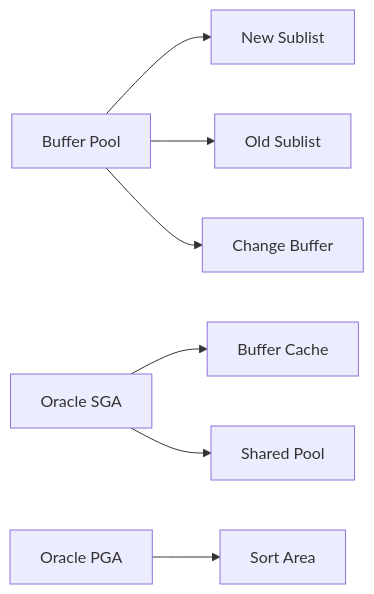
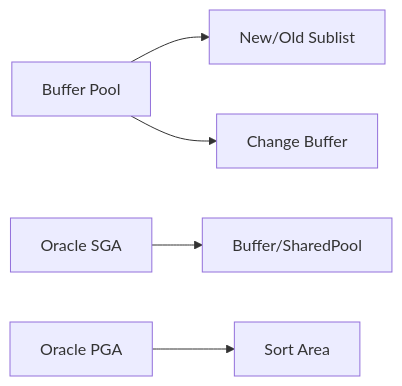
Before and after one commit to yjkim2015/yjkim2015.github.io: the sixth of 15 diagrams in _posts/db/2026-05-01-db-comparison.md, drawn with Mermaid. The commit also changed other lines of this file and 163 other files, not shown here.

First line of the commit message:
Mermaid 300개 블록 내용 축소: 5노드 5엣지 이하, 의미 있는 약어

````diff
--- a/_posts/db/2026-05-01-db-comparison.md
+++ b/_posts/db/2026-05-01-db-comparison.md
@@ -122,9 +114,7 @@
 ```mermaid
 graph LR
-    BP["Buffer Pool"] --> NEW["New Sublist"]
-    BP --> OLD["Old Sublist"]
+    BP["Buffer Pool"] --> NEW["New/Old Sublist"]
     BP --> CB["Change Buffer"]
-    SGA["Oracle SGA"] --> DBC["Buffer Cache"]
-    SGA --> SP["Shared Pool"]
+    SGA["Oracle SGA"] --> DBC["Buffer/SharedPool"]
     PGA["Oracle PGA"] --> SA["Sort Area"]
 ```
````
